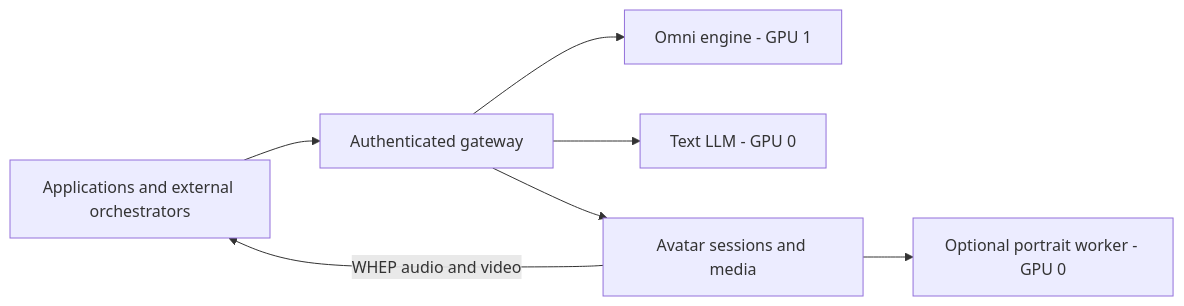
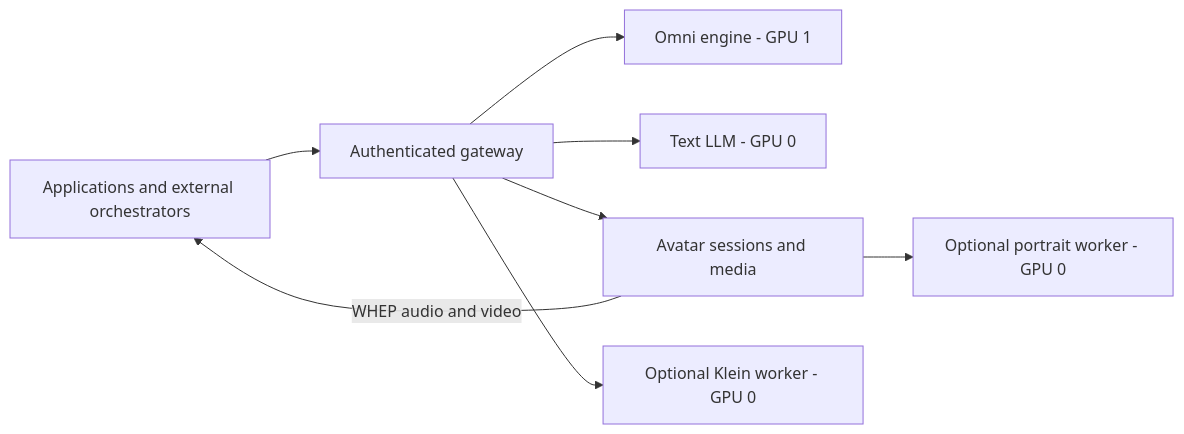
The diagram in docs/architecture.md (4everWZ/omni-avatar-api), drawn with Mermaid before and after one commit. The commit also changed other lines of this file and 50 other files, not shown here.

````diff
--- a/docs/architecture.md
+++ b/docs/architecture.md
@@ -5,9 +5,10 @@
 ```mermaid
 flowchart LR
     Client[Applications and external orchestrators] --> Gateway[Authenticated gateway]
     Gateway --> Omni[Omni engine - GPU 1]
     Gateway --> LLM[Text LLM - GPU 0]
     Gateway --> Avatar[Avatar sessions and media]
     Avatar --> Portrait[Optional portrait worker - GPU 0]
+    Gateway --> Images[Optional Klein worker - GPU 0]
     Avatar -->|WHEP audio and video| Client
 ```
````
